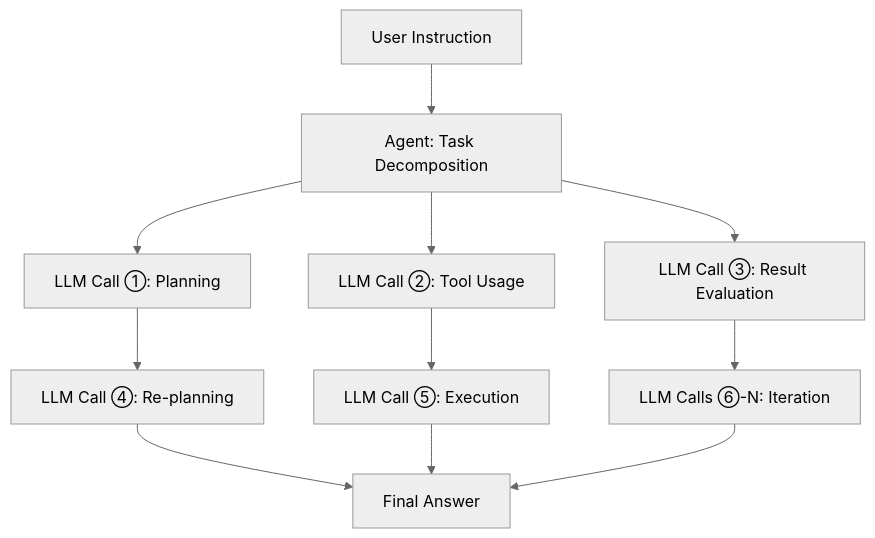
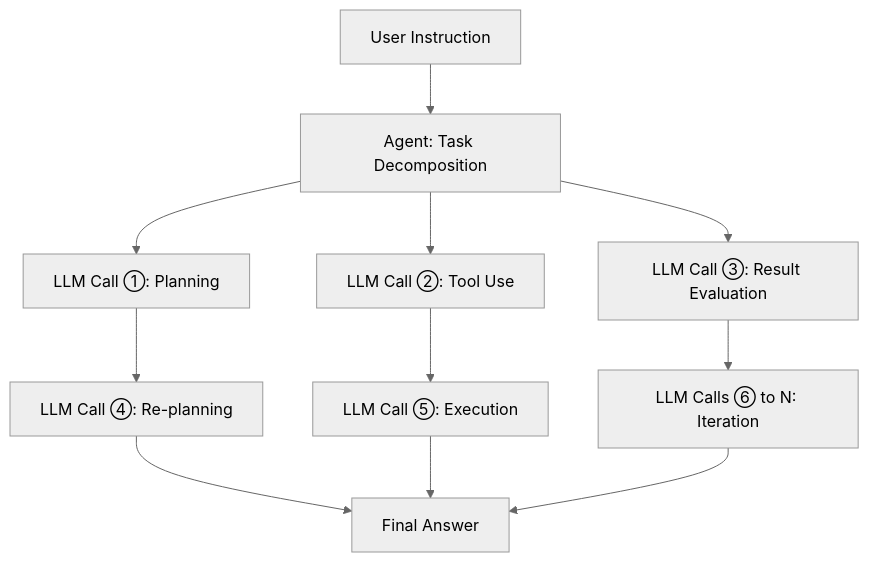
Before and after one commit to no-problem-dev/rick-brick-content: the third of 3 diagrams in articles/en/2026-03-18-nvidia-vera-rubin-inference-infrastructure.md, drawn with Mermaid (neutral theme). The commit also changed other lines of this file and 126 other files, not shown here.

````diff
--- a/articles/en/2026-03-18-nvidia-vera-rubin-inference-infrastructure.md
+++ b/articles/en/2026-03-18-nvidia-vera-rubin-inference-infrastructure.md
@@ -166,13 +166,13 @@
 ```mermaid
 graph TD
     A[User Instruction] --> B[Agent: Task Decomposition]
     B --> C[LLM Call ①: Planning]
-    B --> D[LLM Call ②: Tool Usage]
+    B --> D[LLM Call ②: Tool Use]
     B --> E[LLM Call ③: Result Evaluation]
     C --> F[LLM Call ④: Re-planning]
     D --> G[LLM Call ⑤: Execution]
-    E --> H[LLM Calls ⑥-N: Iteration]
+    E --> H[LLM Calls ⑥ to N: Iteration]
     F --> I[Final Answer]
     G --> I
     H --> I
 ```
````
